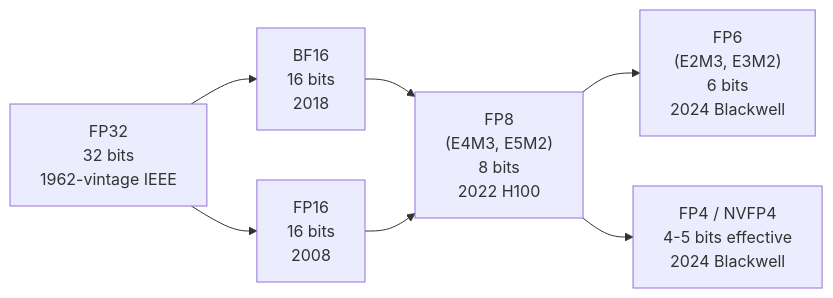
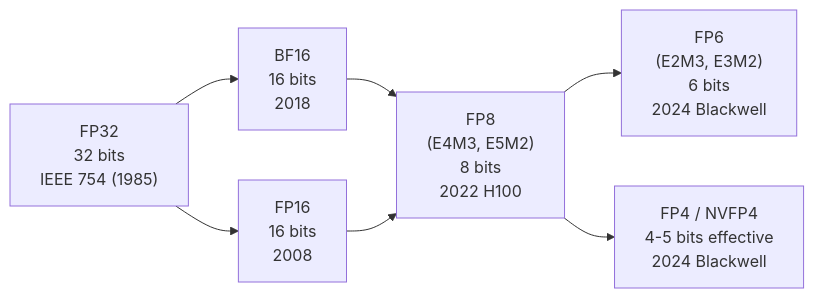
One commit to 0xSero/blackwell-gpu-wiki changed the diagram in docs/fundamentals/number-formats.md. Above: the diagram before and after it, drawn with Mermaid. The commit also changed other lines of this file and 4 other files, not shown here.

First line of the commit message:
Fix MX-FP4 scale format (E8M0, 4.25 bits/elem) and IEEE 754 date

````diff
--- a/docs/fundamentals/number-formats.md
+++ b/docs/fundamentals/number-formats.md
@@ -7,9 +7,9 @@
 ```mermaid
 graph LR
-    FP32["FP32<br/>32 bits<br/>1962-vintage IEEE"] --> BF16["BF16<br/>16 bits<br/>2018"]
+    FP32["FP32<br/>32 bits<br/>IEEE 754 (1985)"] --> BF16["BF16<br/>16 bits<br/>2018"]
     FP32 --> FP16["FP16<br/>16 bits<br/>2008"]
     BF16 --> FP8["FP8<br/>(E4M3, E5M2)<br/>8 bits<br/>2022 H100"]
     FP16 --> FP8
     FP8 --> FP6["FP6<br/>(E2M3, E3M2)<br/>6 bits<br/>2024 Blackwell"]
     FP8 --> FP4["FP4 / NVFP4<br/>4-5 bits effective<br/>2024 Blackwell"]
 ```
````
